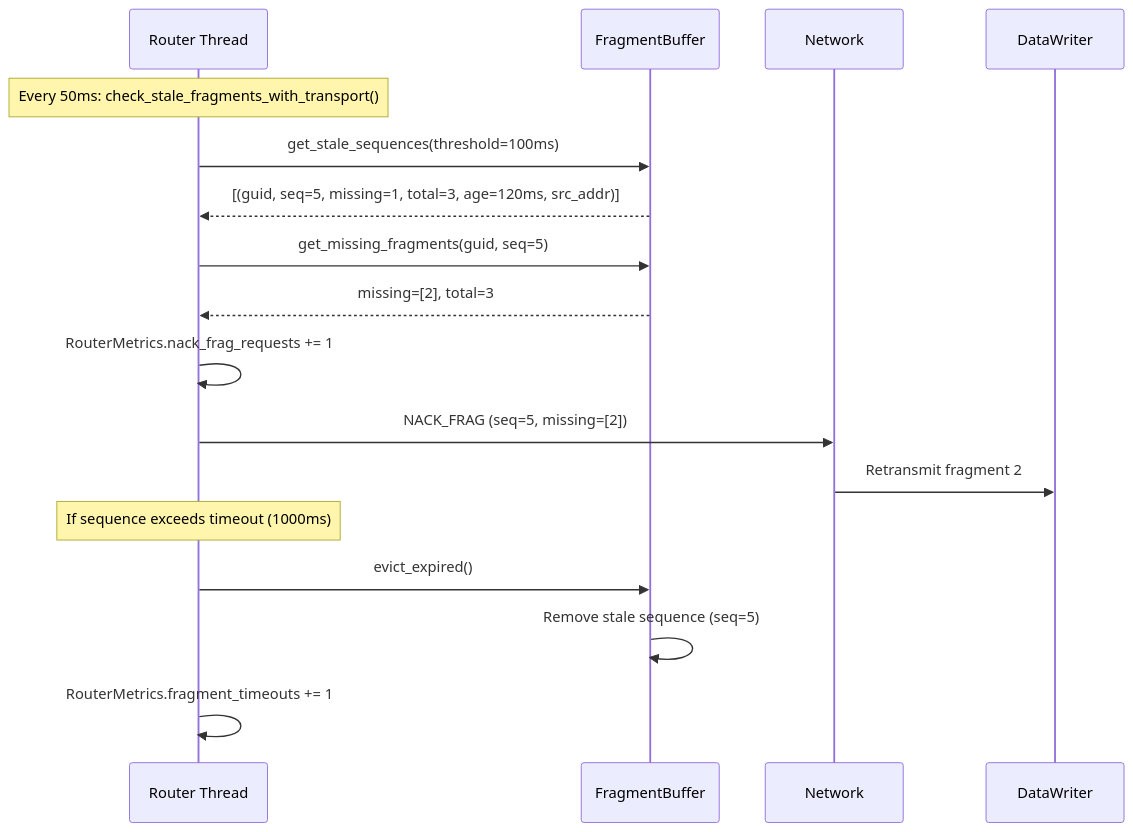
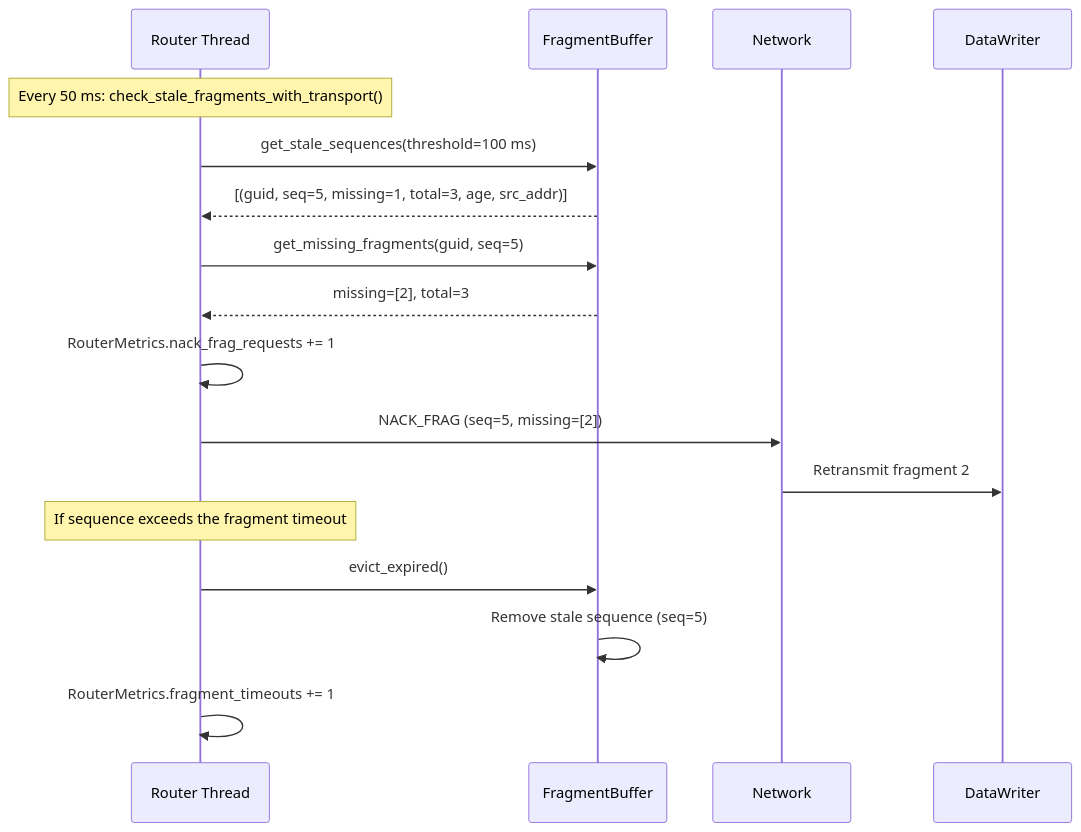
Before and after one commit to hdds-team/hdds: the seventh of 9 diagrams in docs/sequence-diagrams.md, drawn with Mermaid. The commit also changed other lines of this file and 1712 other files, not shown here.

````diff
--- a/docs/sequence-diagrams.md
+++ b/docs/sequence-diagrams.md
@@ -385,24 +392,24 @@
 ```mermaid
 sequenceDiagram
     participant RTR as Router Thread
     participant FB as FragmentBuffer
     participant NET as Network
     participant W as DataWriter
 
-    Note over RTR: Every 50ms: check_stale_fragments_with_transport()
+    Note over RTR: Every 50 ms: check_stale_fragments_with_transport()
 
-    RTR->>FB: get_stale_sequences(threshold=100ms)
-    FB-->>RTR: [(guid, seq=5, missing=1, total=3, age=120ms, src_addr)]
+    RTR->>FB: get_stale_sequences(threshold=100 ms)
+    FB-->>RTR: [(guid, seq=5, missing=1, total=3, age, src_addr)]
 
     RTR->>FB: get_missing_fragments(guid, seq=5)
     FB-->>RTR: missing=[2], total=3
 
     RTR->>RTR: RouterMetrics.nack_frag_requests += 1
     RTR->>NET: NACK_FRAG (seq=5, missing=[2])
     NET->>W: Retransmit fragment 2
 
-    Note over RTR: If sequence exceeds timeout (1000ms)
+    Note over RTR: If sequence exceeds the fragment timeout
     RTR->>FB: evict_expired()
     FB->>FB: Remove stale sequence (seq=5)
     RTR->>RTR: RouterMetrics.fragment_timeouts += 1
 ```
````
